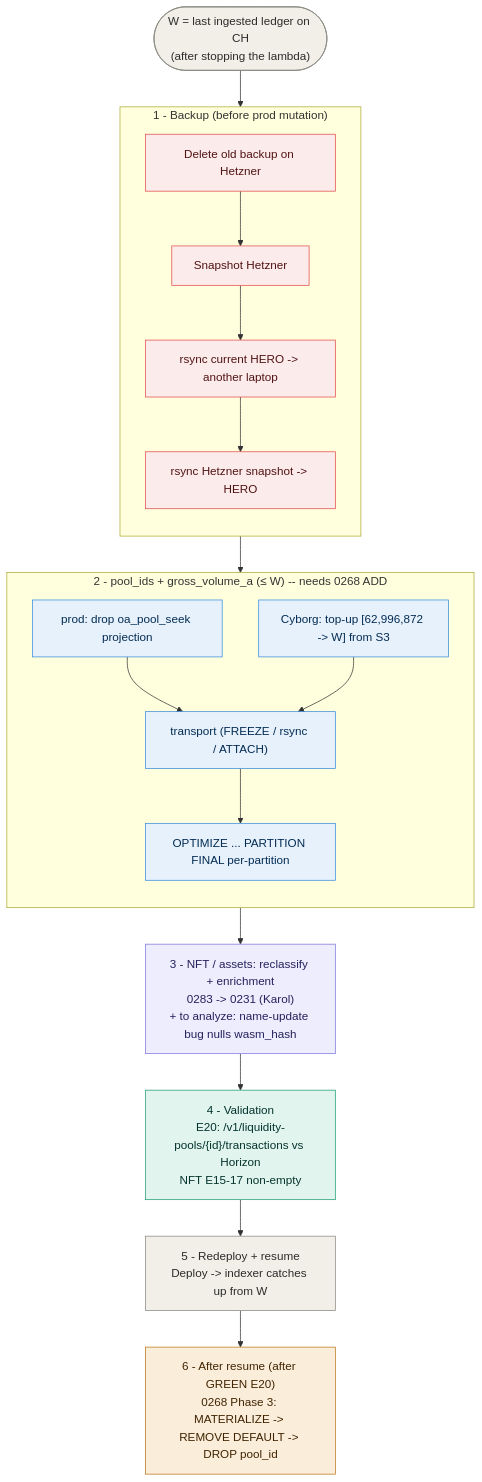
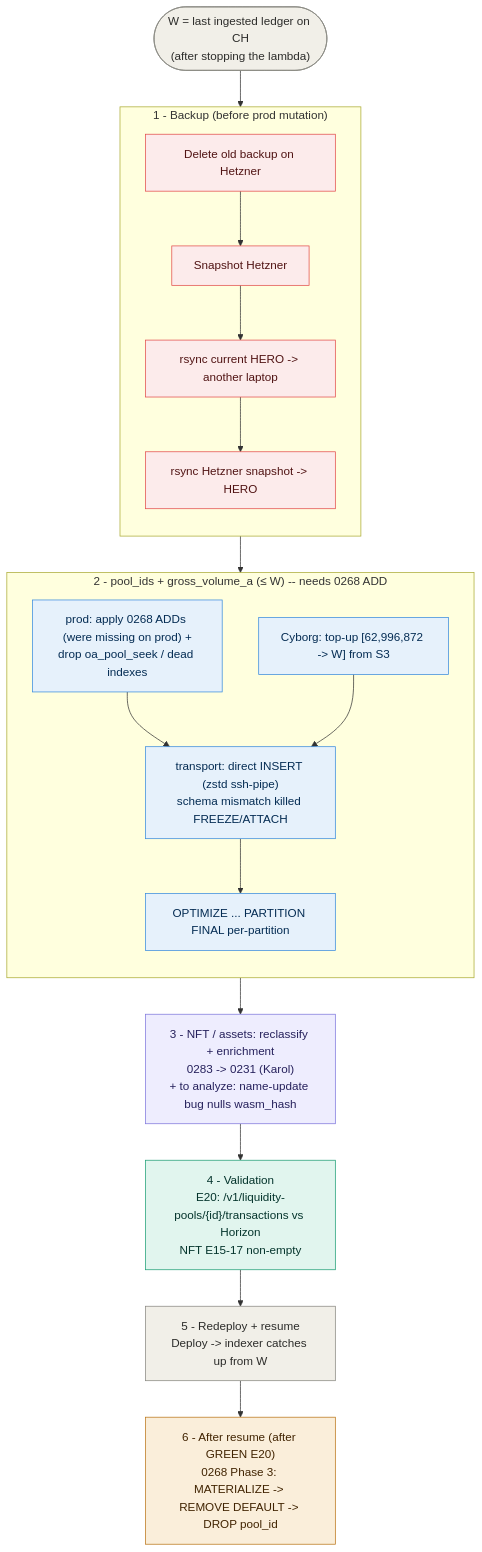
The diagram in docs/runbooks/0281_monday_ch_window_plan.mmd (rumblefishdev/soroban-block-explorer), drawn with Mermaid before and after one commit. The commit also changed 2 other files, not shown here.

Commit message:
docs(lore-0266): record pool_ids/gross_volume_a backfill run
Step 2 of the 0281 maintenance window executed. Add a 2026-06-16
history entry + tick the now-met acceptance criteria on task 0266:
single-machine (cyborg) transport via direct INSERT (zstd ssh-pipe,
not FREEZE/ATTACH due to schema mismatch), 136.18M pool_ids + 261.32M
gross_volume_a landed, OPTIMIZE per-partition (~37 min).

Also correct the 0281 runbook: P2 now reflects the INSERT-pipe
transport (was FREEZE/rsync/ATTACH), P1 notes the 0268 ADDs were
missing on prod and applied during the window. Re-render the .svg.

```diff
--- a/docs/runbooks/0281_monday_ch_window_plan.mmd
+++ b/docs/runbooks/0281_monday_ch_window_plan.mmd
@@ -1,46 +1,46 @@
 %% CH maintenance-window runbook (task 0281) — SERIAL plan (downtime OK; staging).
 %% Supersedes the earlier hybrid (resume-early) version.
 %% Lambda paused manually (SQS ESM detached + reserved concurrency 0); W = last ingested ledger on CH.
 %% Source for 0281_monday_ch_window_plan.svg — edit + re-render via /mermaid-diagrams.
 flowchart TB
   classDef startnode fill:#F1EFE8,stroke:#888780,color:#2C2C2A;
   classDef gate fill:#FCEBEB,stroke:#E24B4A,color:#501313;
   classDef backfill fill:#E6F1FB,stroke:#378ADD,color:#042C53;
   classDef enrich fill:#EEEDFE,stroke:#7F77DD,color:#26215C;
   classDef verify fill:#E1F5EE,stroke:#1D9E75,color:#04342C;
   classDef infra fill:#F1EFE8,stroke:#888780,color:#2C2C2A;
   classDef schema fill:#FAEEDA,stroke:#BA7517,color:#412402;
 
   W(["W = last ingested ledger on CH<br/>(after stopping the lambda)"]):::startnode
 
   subgraph S1["1 - Backup (before prod mutation)"]
     direction TB
     B0["Delete old backup on Hetzner"]:::gate
     B1["Snapshot Hetzner"]:::gate
     B2["rsync current HERO -&gt; another laptop"]:::gate
     B3["rsync Hetzner snapshot -&gt; HERO"]:::gate
     B0 --> B1 --> B2 --> B3
   end
 
   subgraph S2["2 - pool_ids + gross_volume_a (&le; W) -- needs 0268 ADD"]
     direction TB
     P0["Cyborg: top-up [62,996,872 -&gt; W] from S3"]:::backfill
-    P1["prod: drop oa_pool_seek projection"]:::backfill
-    P2["transport (FREEZE / rsync / ATTACH)"]:::backfill
+    P1["prod: apply 0268 ADDs (were missing on prod) +<br/>drop oa_pool_seek / dead indexes"]:::backfill
+    P2["transport: direct INSERT (zstd ssh-pipe)<br/>schema mismatch killed FREEZE/ATTACH"]:::backfill
     P3["OPTIMIZE ... PARTITION FINAL per-partition"]:::backfill
     P1 --> P2
     P0 --> P2
     P2 --> P3
   end
 
   N3["3 - NFT / assets: reclassify + enrichment<br/>0283 -&gt; 0231 (Karol)<br/>+ to analyze: name-update bug nulls wasm_hash"]:::enrich
   N4["4 - Validation<br/>E20: /v1/liquidity-pools/{id}/transactions vs Horizon<br/>NFT E15-17 non-empty"]:::verify
   N5["5 - Redeploy + resume<br/>Deploy -&gt; indexer catches up from W"]:::infra
   N6["6 - After resume (after GREEN E20)<br/>0268 Phase 3: MATERIALIZE -&gt; REMOVE DEFAULT -&gt; DROP pool_id"]:::schema
 
   W --> S1
   S1 --> S2
   S2 --> N3
   N3 --> N4
   N4 --> N5
   N5 --> N6
```
